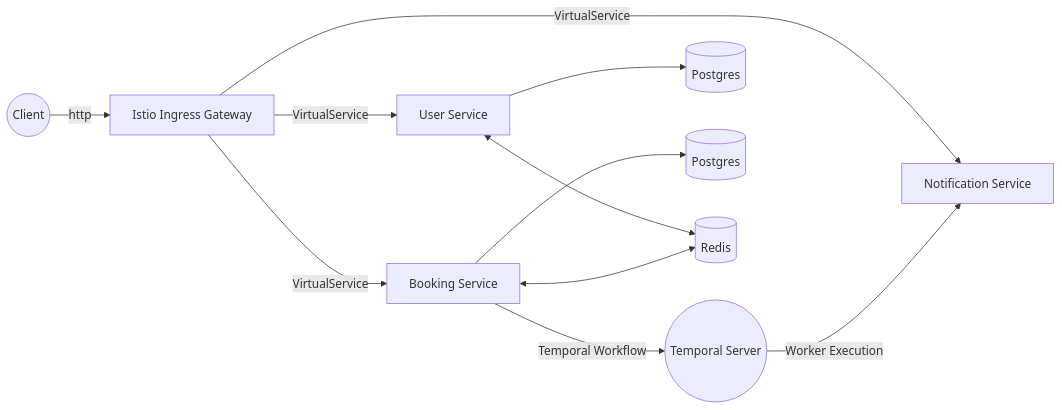
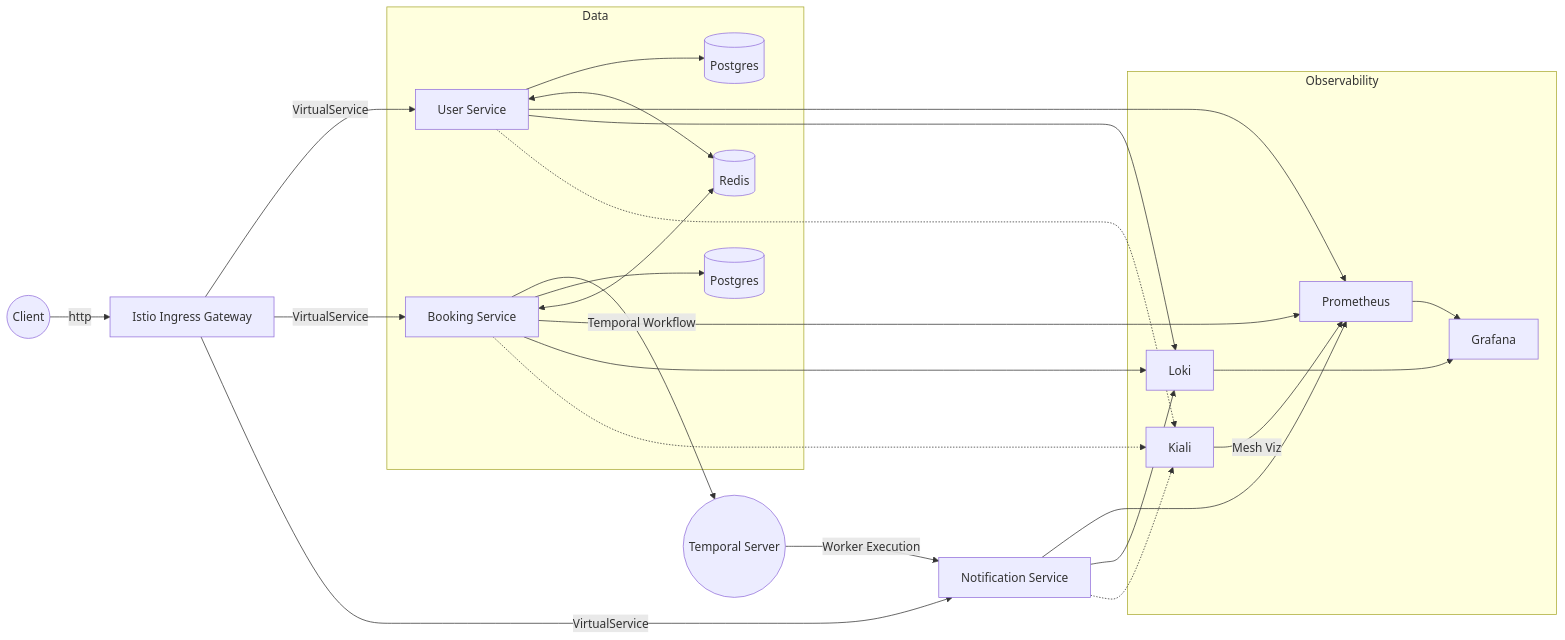
Before and after one commit to ElshinSergei/beauty-salon-k8s: the diagram in README.md, drawn with Mermaid. The commit also changed other lines of this file and 18 other files, not shown here.

````diff
--- a/README.md
+++ b/README.md
@@ -9,13 +9,30 @@
 ```mermaid
 graph LR
-   User((Client)) --> |http| IGW[Istio Ingress Gateway]
-   IGW --> |VirtualService| US[User Service]
-   IGW --> |VirtualService| BS[Booking Service]
-   IGW --> |VirtualService| NS[Notification Service]
-   BS --> |Temporal Workflow| TS((Temporal Server))
-   TS --> |Worker Execution| NS
-   US --> DB1[(Postgres)]
-   BS --> DB2[(Postgres)]
-   US <--> Redis[(Redis)]
-   BS <--> Redis
+    User((Client)) --> |http| IGW[Istio Ingress Gateway]
+    IGW --> |VirtualService| US[User Service]
+    IGW --> |VirtualService| BS[Booking Service]
+    IGW --> |VirtualService| NS[Notification Service]
+    BS --> |Temporal Workflow| TS((Temporal Server))
+    TS --> |Worker Execution| NS
+    
+    subgraph Data
+        US --> DB1[(Postgres)]
+        BS --> DB2[(Postgres)]
+        US <--> Redis[(Redis)]
+        BS <--> Redis
+    end
+    
+    subgraph Observability
+        Prom[Prometheus]
+        Graf[Grafana]
+        Lok[Loki]
+        Kia[Kiali]
+    end
+    
+    US & BS & NS --> Prom
+    US & BS & NS --> Lok
+    US & BS & NS -.-> Kia
+    Prom --> Graf
+    Lok --> Graf
+    Kia --> |Mesh Viz| Prom
 ```
````
